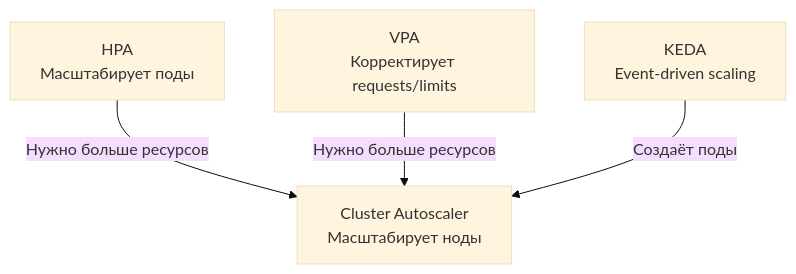
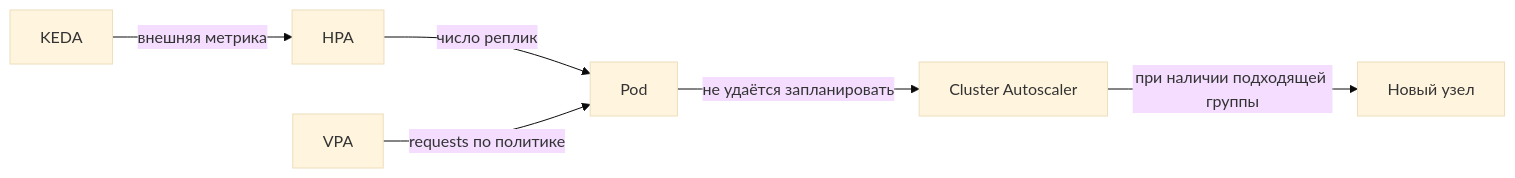
The eighth of 10 diagrams in cheatsheets/interview/devops/kubernetes-interview.md (akeverus/cheat-sheet), drawn with Mermaid (base theme) before and after one commit. The commit also changed other lines of this file and 154 other files, not shown here.

````diff
--- a/cheatsheets/interview/devops/kubernetes-interview.md
+++ b/cheatsheets/interview/devops/kubernetes-interview.md
@@ -1244,6 +1326,8 @@
 ```mermaid
-graph TB
-    HPA["HPA<br/>Масштабирует поды"] -->|Нужно больше ресурсов| CA["Cluster Autoscaler<br/>Масштабирует ноды"]
-    VPA["VPA<br/>Корректирует requests/limits"] -->|Нужно больше ресурсов| CA
-    KEDA["KEDA<br/>Event-driven scaling"] -->|Создаёт поды| CA
+graph LR
+    KEDA["KEDA"] -->|внешняя метрика| HPA["HPA"]
+    HPA -->|число реплик| Pod["Pod"]
+    VPA["VPA"] -->|requests по политике| Pod
+    Pod -->|не удаётся запланировать| CA["Cluster Autoscaler"]
+    CA -->|при наличии подходящей группы| Node["Новый узел"]
 ```
````
